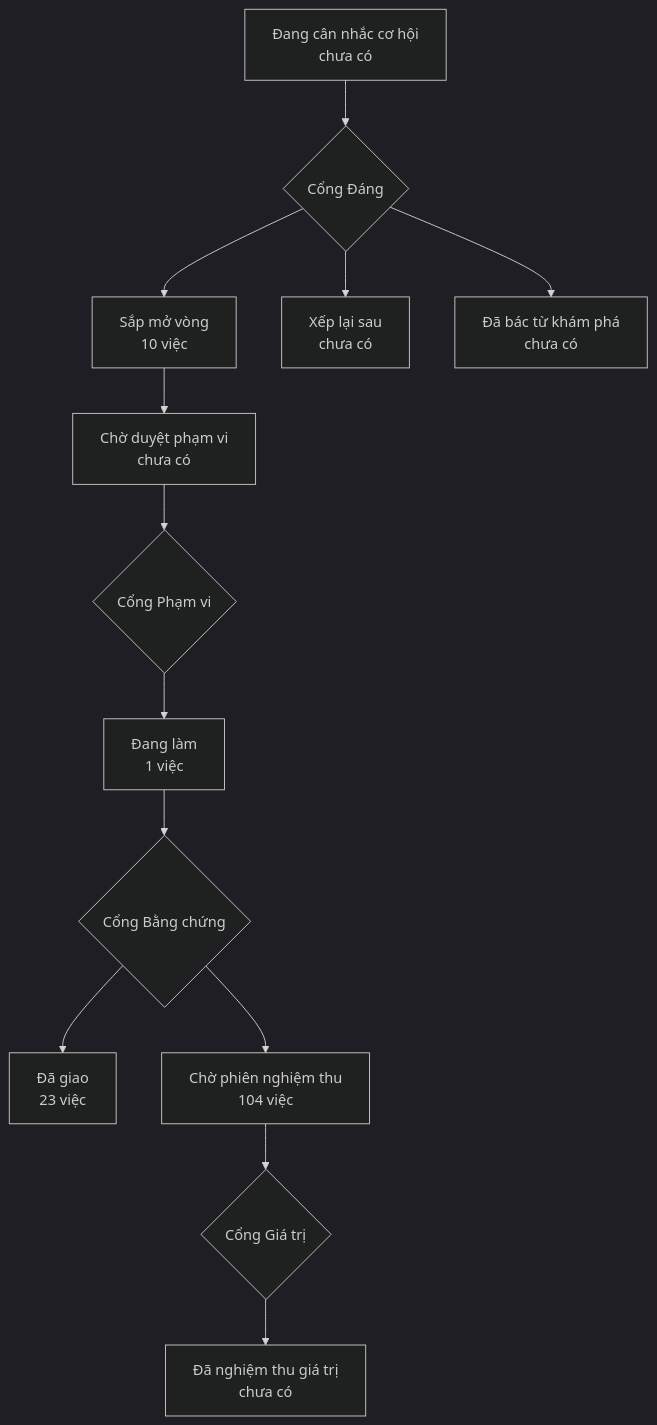
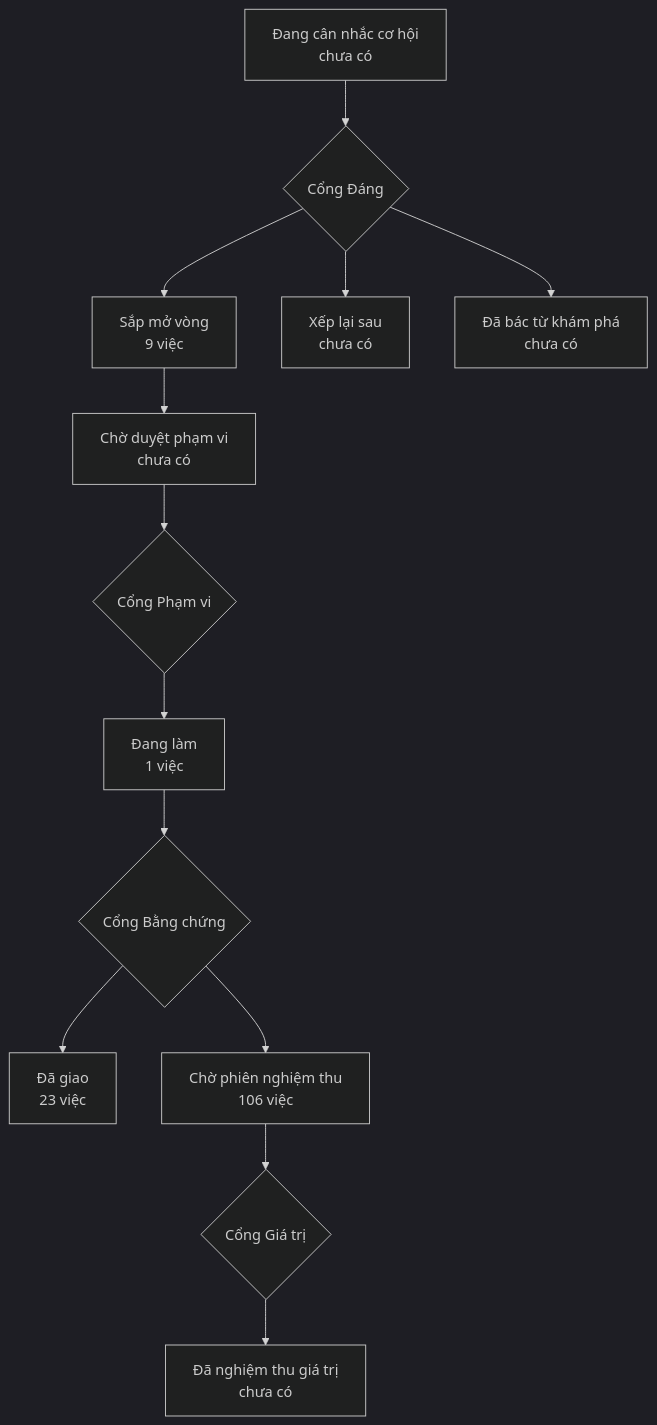
The diagram in PRODUCT-MAP.md (phanlemanh/onehub-quy-hang), drawn with Mermaid (dark theme) before and after one commit. The commit also changed other lines of this file and 1 other file, not shown here.

Commit message:
chore(map): vẽ lại sau gộp main

````diff
--- a/PRODUCT-MAP.md
+++ b/PRODUCT-MAP.md
@@ -7,12 +7,12 @@
 ```mermaid
 flowchart TD
   A["Đang cân nhắc cơ hội<br/>chưa có"] --> GD{"Cổng Đáng"}
-  GD --> B["Sắp mở vòng<br/>10 việc"]
+  GD --> B["Sắp mở vòng<br/>9 việc"]
   GD --> XL["Xếp lại sau<br/>chưa có"]
   GD --> DB["Đã bác từ khám phá<br/>chưa có"]
   B --> CD["Chờ duyệt phạm vi<br/>chưa có"] --> GP{"Cổng Phạm vi"}
   GP --> DL["Đang làm<br/>1 việc"] --> GB{"Cổng Bằng chứng"}
   GB --> DG["Đã giao<br/>23 việc"]
-  GB --> CN["Chờ phiên nghiệm thu<br/>104 việc"] --> GG{"Cổng Giá trị"}
+  GB --> CN["Chờ phiên nghiệm thu<br/>106 việc"] --> GG{"Cổng Giá trị"}
   GG --> NT["Đã nghiệm thu giá trị<br/>chưa có"]
 ```
````
